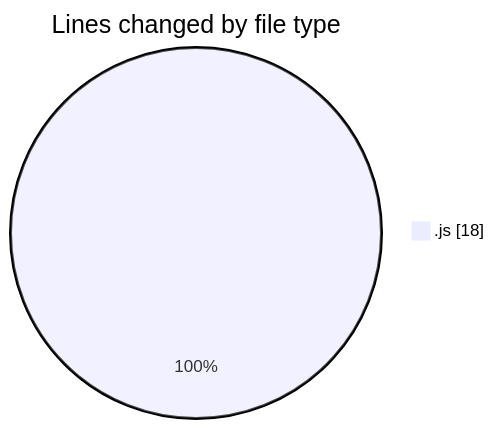
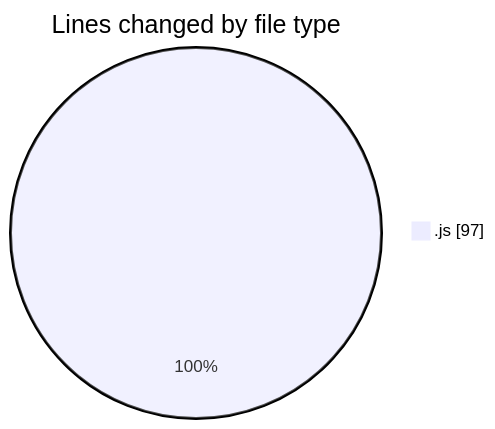
One commit to Ritupan-Deka/code-tracking changed the first of 2 diagrams in 2025-07-20/reactphpmysql/README.md. Above: the diagram before and after it, drawn with Mermaid. The commit also changed other lines of this file and 1 other file, not shown here.

````diff
--- a/2025-07-20/reactphpmysql/README.md
+++ b/2025-07-20/reactphpmysql/README.md
@@ -21,5 +24,5 @@
 ```mermaid
 pie showData
 title Lines changed by file type
-".js" : 18
+".js" : 97
 ```
````
